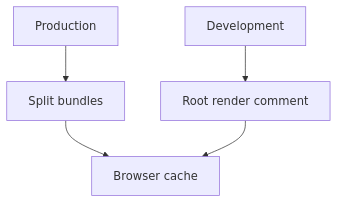
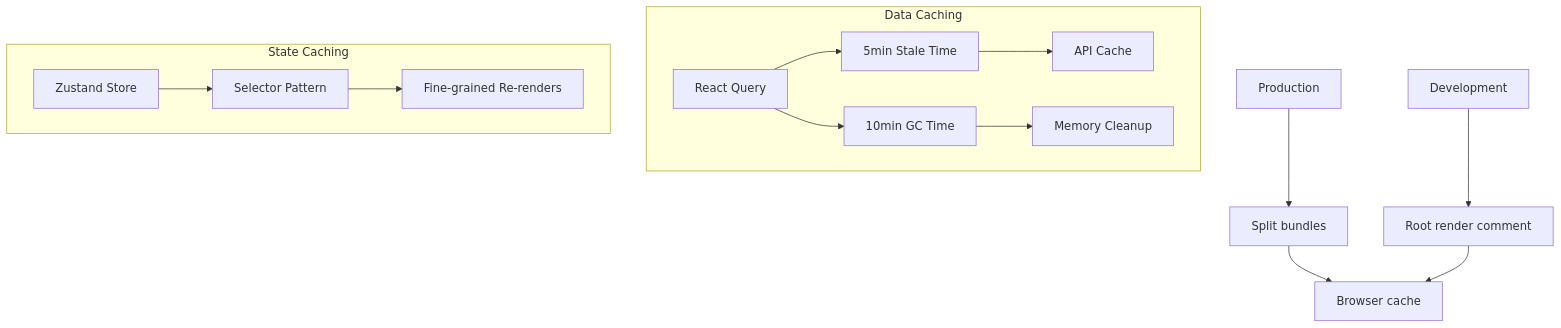
Before and after one commit to Hawky1/ryland: the sixth of 10 diagrams in .qoder/repowiki/en/content/Performance Optimization.md, drawn with Mermaid. The commit also changed other lines of this file and 7 other files, not shown here.

````diff
--- a/.qoder/repowiki/en/content/Performance Optimization.md
+++ b/.qoder/repowiki/en/content/Performance Optimization.md
@@ -193,7 +235,17 @@
 ```mermaid
 flowchart TD
 Dev["Development"] --> Root["Root render comment"]
 Prod["Production"] --> Bundles["Split bundles"]
 Bundles --> Cache["Browser cache"]
 Root --> Cache
+subgraph "Data Caching"
+RQ["React Query"] --> Stale["5min Stale Time"]
+RQ --> GC["10min GC Time"]
+Stale --> CacheAPI["API Cache"]
+GC --> CleanCache["Memory Cleanup"]
+end
+subgraph "State Caching"
+ZS["Zustand Store"] --> Sel["Selector Pattern"]
+Sel --> FR["Fine-grained Re-renders"]
+end
 ```
````
